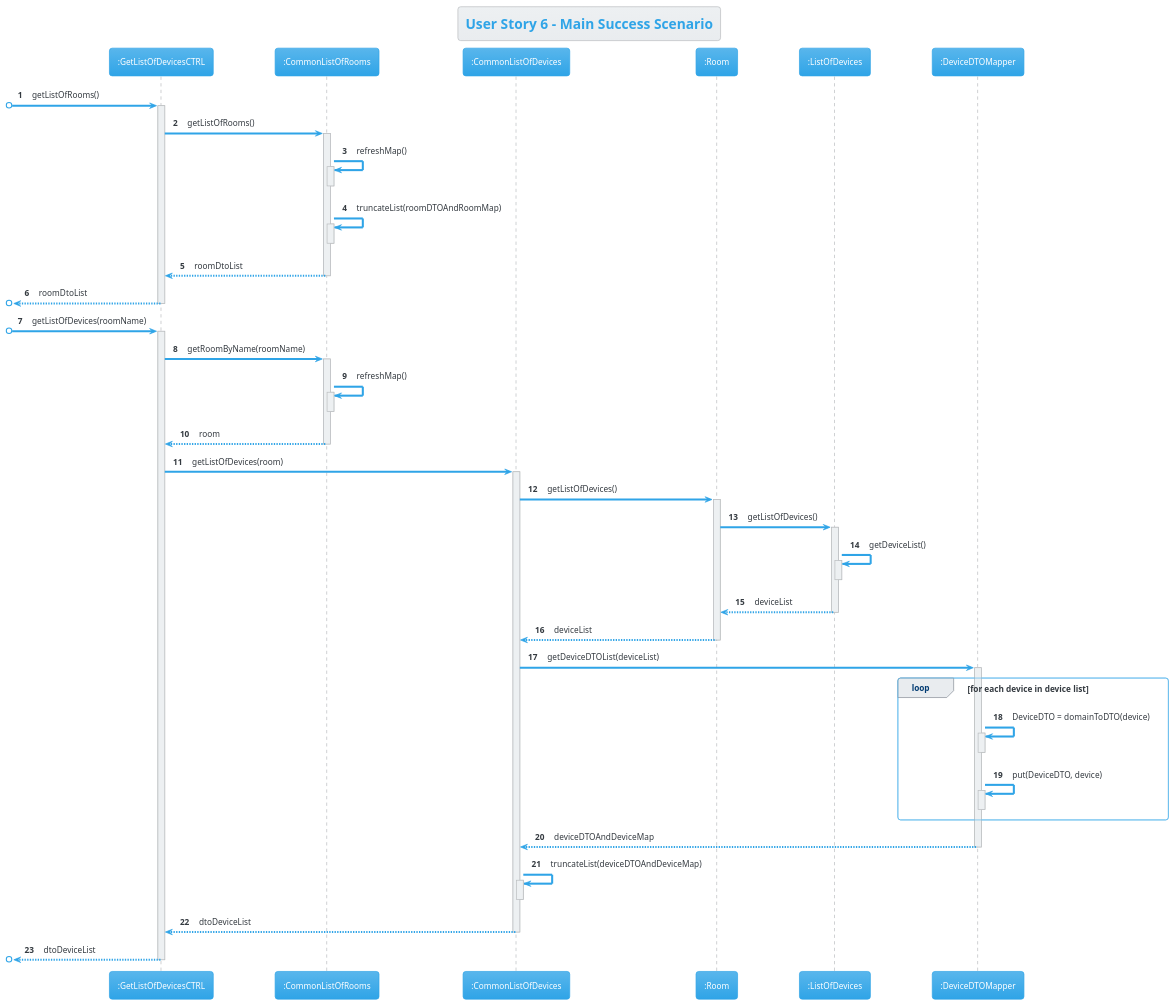
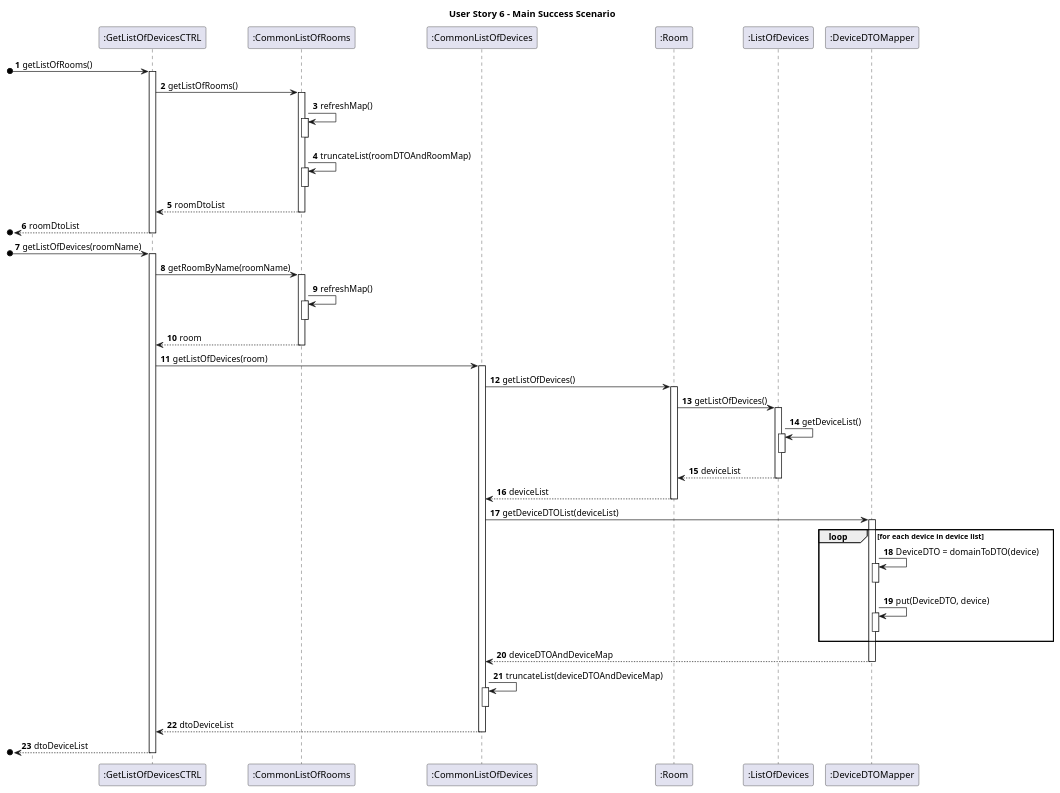
Before and after one commit to AfonsoNeves77/smartHouse: the diagram in Docs/US06/S3US06SequenceDiagram.puml, drawn with PlantUML. The commit also changed 9 other files, not shown here.

```diff
--- a/Docs/US06/S3US06SequenceDiagram.puml
+++ b/Docs/US06/S3US06SequenceDiagram.puml
@@ -1,74 +1,74 @@
  @startuml
 title User Story 6 - Main Success Scenario
-!theme cerulean
+
 autonumber
 
 participant ":GetListOfDevicesCTRL" as C
 participant ":CommonListOfRooms" as CU
 participant ":CommonListOfDevices" as CD
 participant ":Room" as R
 participant ":ListOfDevices" as LD
 participant ":DeviceDTOMapper" as DM
 
 
 
 [o-> C : getListOfRooms()
 activate C
 C -> CU : getListOfRooms()
 activate CU
 CU -> CU : refreshMap()
 activate CU
 deactivate CU
 
 CU -> CU : truncateList(roomDTOAndRoomMap)
 activate CU
 deactivate CU
 CU --> C : roomDtoList
 deactivate CU
 [o<-- C : roomDtoList
 deactivate C
 
 [o-> C : getListOfDevices(roomName)
 activate C
 C -> CU: getRoomByName(roomName)
 activate CU
 CU -> CU : refreshMap()
 activate CU
 deactivate CU
 CU --> C : room
 deactivate CU
 C -> CD : getListOfDevices(room)
 activate CD
 
 CD -> R : getListOfDevices()
 activate R
 R -> LD : getListOfDevices()
 activate LD
 LD -> LD : getDeviceList()
 activate LD
 deactivate LD
 LD --> R : deviceList
 deactivate LD
 R --> CD : deviceList
 deactivate R
 CD -> DM : getDeviceDTOList(deviceList)
 activate DM
 loop for each device in device list
 DM -> DM : DeviceDTO = domainToDTO(device)
 activate DM
 deactivate DM
 DM -> DM : put(DeviceDTO, device)
 activate DM
 deactivate DM
 end loop
 DM --> CD : deviceDTOAndDeviceMap
 deactivate DM
 CD -> CD : truncateList(deviceDTOAndDeviceMap)
 activate CD
 deactivate CD
 CD --> C : dtoDeviceList
 deactivate CD
 [o<-- C : dtoDeviceList
 deactivate C
 
 @enduml
```
